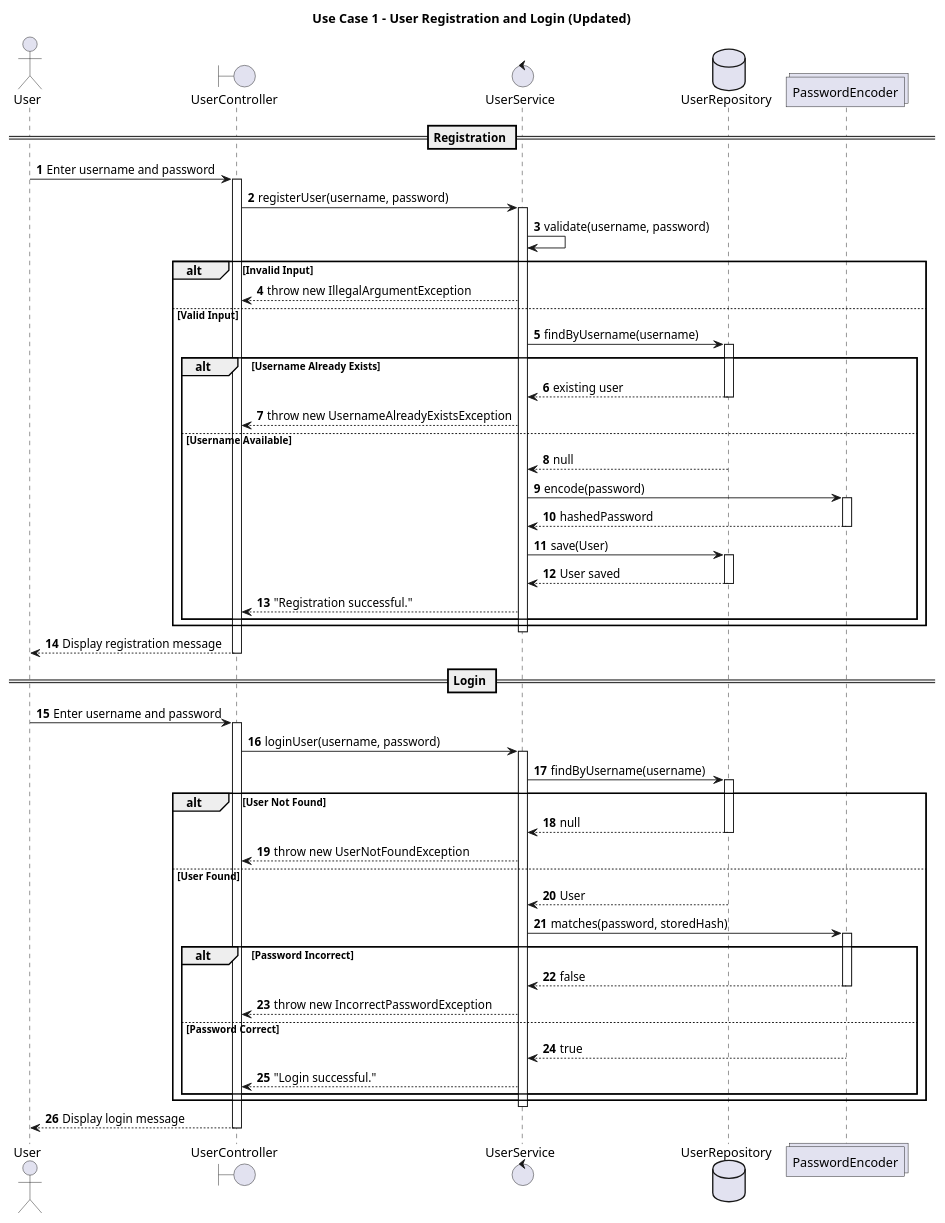
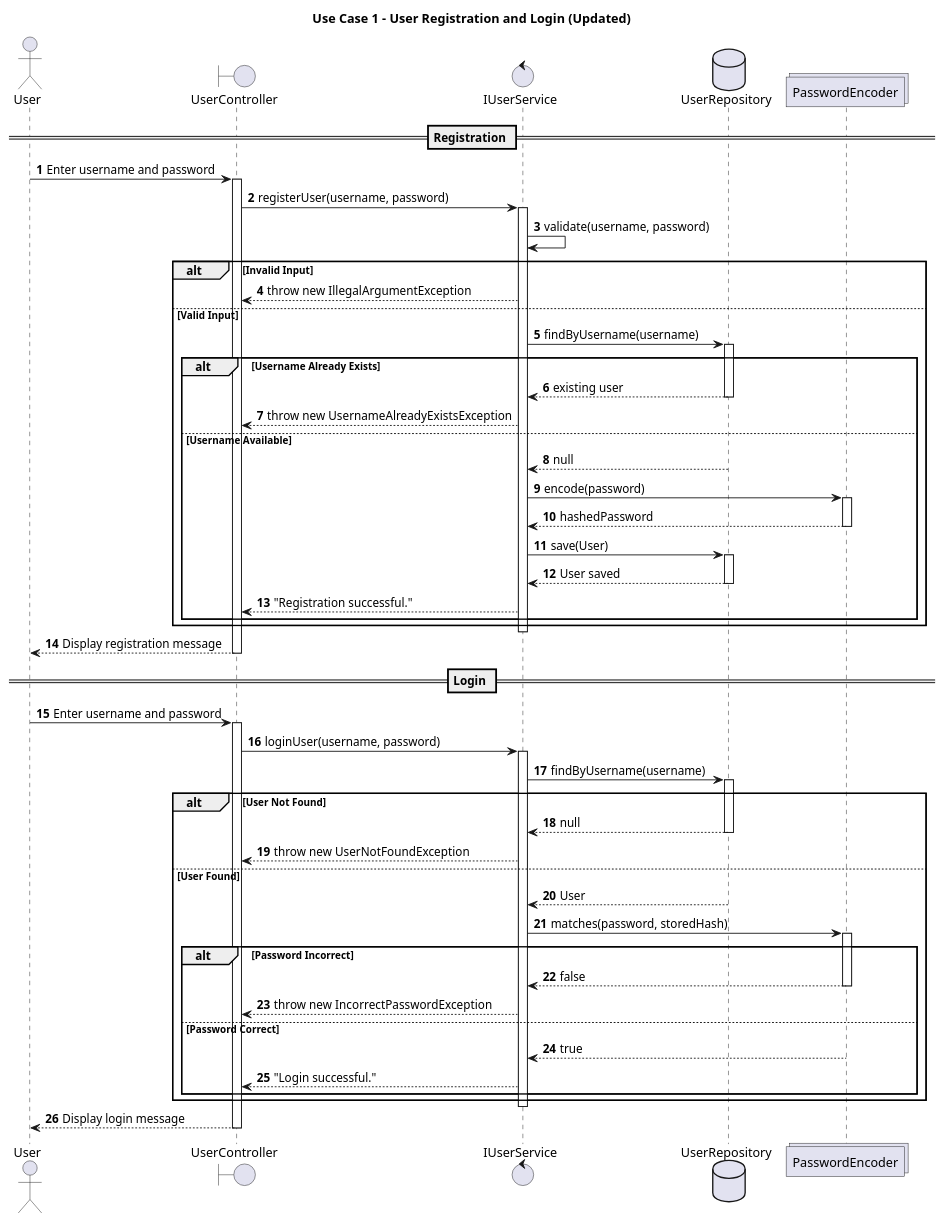
One commit to MohammedPatel-yorku/LegendsOfSwordAndWand changed the diagram in Sequence Diagrams/Use Case 1_User Registration.puml. Above: the diagram before and after it, drawn with PlantUML. The commit also changed 7 other files, not shown here.

Commit message:
Diagram Adjustments

```diff
--- a/Sequence Diagrams/Use Case 1_User Registration.puml
+++ b/Sequence Diagrams/Use Case 1_User Registration.puml
@@ -1,99 +1,99 @@
 @startuml
 ''autonumber each message
 autonumber
 
 skinparam responseMessageBelowArrow true
 
 title Use Case 1 - User Registration and Login (Updated)
 
 actor User
 boundary UserController
-control UserService
+control IUserService
 database UserRepository
 collections PasswordEncoder
 
 == Registration ==
 
 User -> UserController: Enter username and password
 activate UserController
 
-UserController -> UserService: registerUser(username, password)
-activate UserService
+UserController -> IUserService: registerUser(username, password)
+activate IUserService
 
-UserService -> UserService: validate(username, password)
+IUserService -> IUserService: validate(username, password)
 
 alt Invalid Input
-    UserService --> UserController: throw new IllegalArgumentException
+    IUserService --> UserController: throw new IllegalArgumentException
 
 else Valid Input
-    UserService -> UserRepository: findByUsername(username)
+    IUserService -> UserRepository: findByUsername(username)
     activate UserRepository
 
     alt Username Already Exists
-        UserRepository --> UserService: existing user
+        UserRepository --> IUserService: existing user
         deactivate UserRepository
-        UserService --> UserController: throw new UsernameAlreadyExistsException
+        IUserService --> UserController: throw new UsernameAlreadyExistsException
 
     else Username Available
-        UserRepository --> UserService: null
+        UserRepository --> IUserService: null
         deactivate UserRepository
 
-        UserService -> PasswordEncoder: encode(password)
+        IUserService -> PasswordEncoder: encode(password)
         activate PasswordEncoder
-        PasswordEncoder --> UserService: hashedPassword
+        PasswordEncoder --> IUserService: hashedPassword
         deactivate PasswordEncoder
 
-        UserService -> UserRepository: save(User)
+        IUserService -> UserRepository: save(User)
         activate UserRepository
-        UserRepository --> UserService: User saved
+        UserRepository --> IUserService: User saved
         deactivate UserRepository
 
-        UserService --> UserController: "Registration successful."
+        IUserService --> UserController: "Registration successful."
     end
 end
 
-deactivate UserService
+deactivate IUserService
 UserController --> User: Display registration message
 deactivate UserController
 
 
 == Login ==
 
 User -> UserController: Enter username and password
 activate UserController
 
-UserController -> UserService: loginUser(username, password)
-activate UserService
+UserController -> IUserService: loginUser(username, password)
+activate IUserService
 
-UserService -> UserRepository: findByUsername(username)
+IUserService -> UserRepository: findByUsername(username)
 activate UserRepository
 
 alt User Not Found
-    UserRepository --> UserService: null
+    UserRepository --> IUserService: null
     deactivate UserRepository
-    UserService --> UserController: throw new UserNotFoundException
+    IUserService --> UserController: throw new UserNotFoundException
 
 else User Found
-    UserRepository --> UserService: User
+    UserRepository --> IUserService: User
     deactivate UserRepository
 
-    UserService -> PasswordEncoder: matches(password, storedHash)
+    IUserService -> PasswordEncoder: matches(password, storedHash)
     activate PasswordEncoder
 
     alt Password Incorrect
-        PasswordEncoder --> UserService: false
+        PasswordEncoder --> IUserService: false
         deactivate PasswordEncoder
-        UserService --> UserController: throw new IncorrectPasswordException
+        IUserService --> UserController: throw new IncorrectPasswordException
 
     else Password Correct
-        PasswordEncoder --> UserService: true
+        PasswordEncoder --> IUserService: true
         deactivate PasswordEncoder
-        UserService --> UserController: "Login successful."
+        IUserService --> UserController: "Login successful."
     end
 end
 
-deactivate UserService
+deactivate IUserService
 UserController --> User: Display login message
 deactivate UserController
 
 @enduml
```
